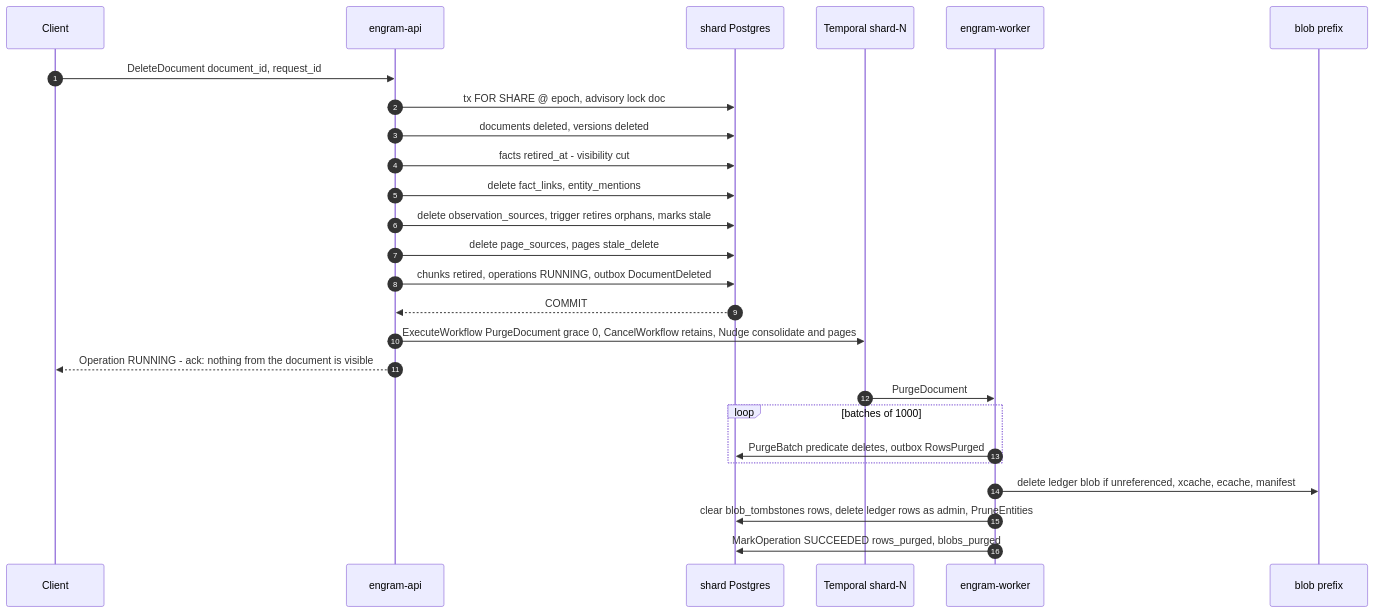
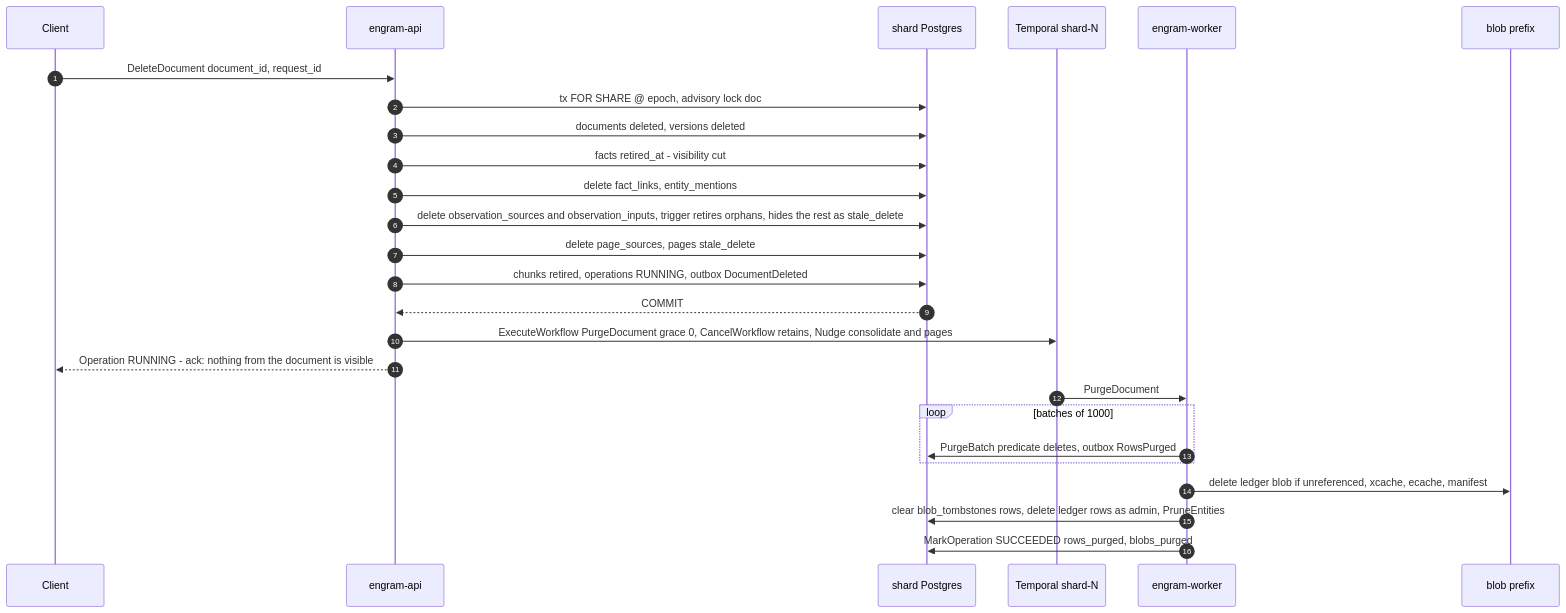
The fourth of 6 diagrams in plans/engram/sections/05-pipelines.md (gstamatakis95/agent-memory-benchmark), drawn with Mermaid before and after one commit. The commit also changed other lines of this file, not shown here.

````diff
--- a/plans/engram/sections/05-pipelines.md
+++ b/plans/engram/sections/05-pipelines.md
@@ -1006,28 +1118,28 @@
 ```mermaid
 sequenceDiagram
   autonumber
   participant C as Client
   participant API as engram-api
   participant DB as shard Postgres
   participant T as Temporal shard-N
   participant W as engram-worker
   participant B as blob prefix
  C->>API: DeleteDocument document_id, request_id
  API->>DB: tx FOR SHARE @ epoch, advisory lock doc
   API->>DB: documents deleted, versions deleted
  API->>DB: facts retired_at - visibility cut
   API->>DB: delete fact_links, entity_mentions
-  API->>DB: delete observation_sources, trigger retires orphans, marks stale
+  API->>DB: delete observation_sources and observation_inputs, trigger retires orphans, hides the rest as stale_delete
   API->>DB: delete page_sources, pages stale_delete
   API->>DB: chunks retired, operations RUNNING, outbox DocumentDeleted
   DB-->>API: COMMIT
   API->>T: ExecuteWorkflow PurgeDocument grace 0, CancelWorkflow retains, Nudge consolidate and pages
  API-->>C: Operation RUNNING - ack: nothing from the document is visible
   T->>W: PurgeDocument
   loop batches of 1000
     W->>DB: PurgeBatch predicate deletes, outbox RowsPurged
   end
   W->>B: delete ledger blob if unreferenced, xcache, ecache, manifest
   W->>DB: clear blob_tombstones rows, delete ledger rows as admin, PruneEntities
   W->>DB: MarkOperation SUCCEEDED rows_purged, blobs_purged
 ```
````
